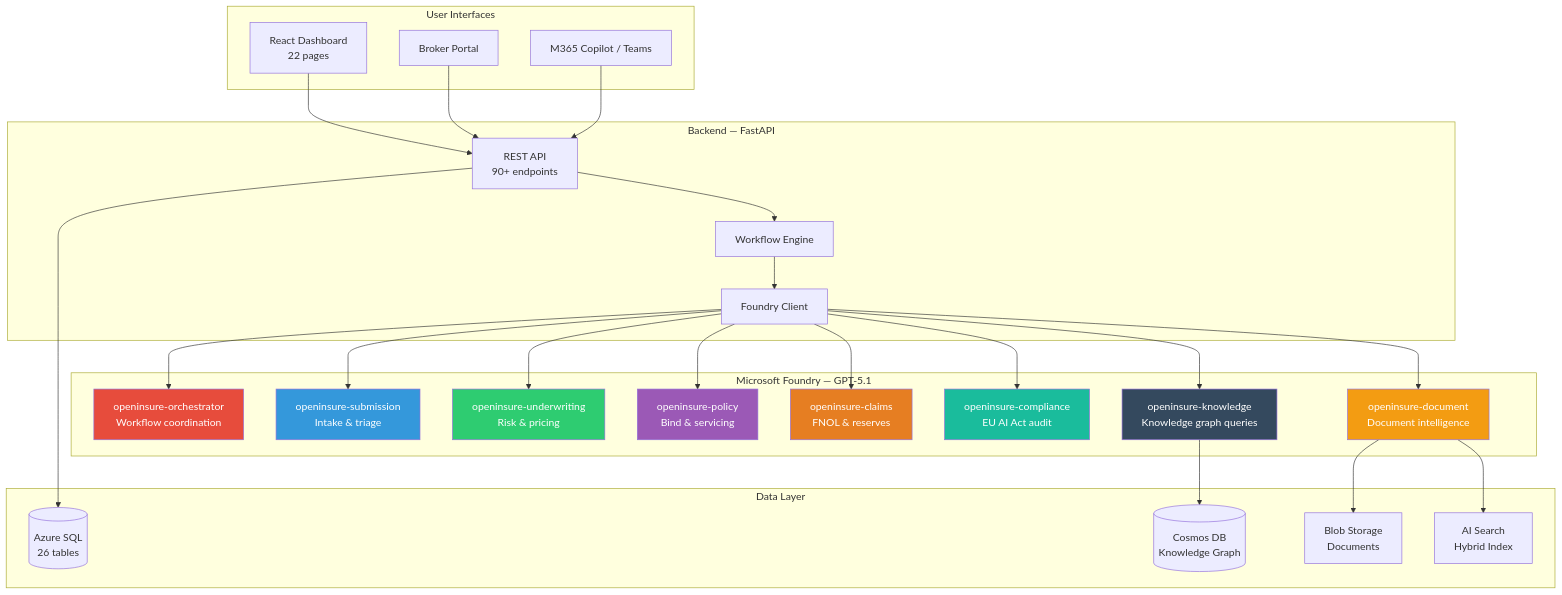
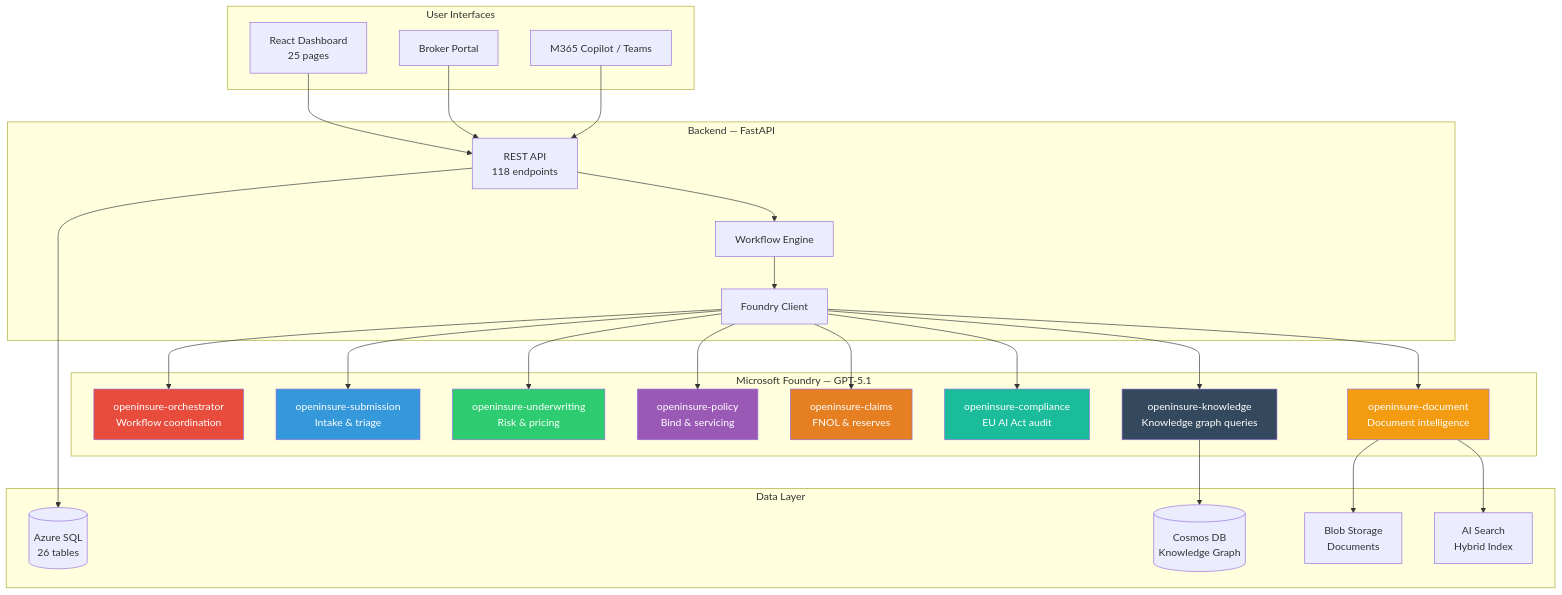
The first of 9 diagrams in docs/architecture/process-flows.md (urosstojkic/openinsure), drawn with Mermaid before and after one commit. The commit also changed other lines of this file and 5 other files, not shown here.

````diff
--- a/docs/architecture/process-flows.md
+++ b/docs/architecture/process-flows.md
@@ -31,50 +31,50 @@
 ```mermaid
 graph TB
     subgraph "User Interfaces"
-        D[React Dashboard<br/>22 pages]
+        D[React Dashboard<br/>25 pages]
         BP[Broker Portal]
         M365[M365 Copilot / Teams]
     end
 
     subgraph "Backend — FastAPI"
-        API[REST API<br/>90+ endpoints]
+        API[REST API<br/>118 endpoints]
         WE[Workflow Engine]
         FC[Foundry Client]
     end
 
     subgraph "Microsoft Foundry — GPT-5.1"
         O[openinsure-orchestrator<br/>Workflow coordination]
         S[openinsure-submission<br/>Intake & triage]
         U[openinsure-underwriting<br/>Risk & pricing]
         P[openinsure-policy<br/>Bind & servicing]
         C[openinsure-claims<br/>FNOL & reserves]
         CO[openinsure-compliance<br/>EU AI Act audit]
         DOC[openinsure-document<br/>Document intelligence]
         K[openinsure-knowledge<br/>Knowledge graph queries]
     end
 
     subgraph "Data Layer"
         SQL[(Azure SQL<br/>26 tables)]
         Cosmos[(Cosmos DB<br/>Knowledge Graph)]
         Blob[Blob Storage<br/>Documents]
         Search[AI Search<br/>Hybrid Index]
     end
 
     D & BP & M365 --> API
     API --> WE
     WE --> FC
     FC --> O & S & U & P & C & CO & DOC & K
     API --> SQL
     K --> Cosmos
     DOC --> Blob
     DOC --> Search
 
     style O fill:#e74c3c,color:#fff
     style S fill:#3498db,color:#fff
     style U fill:#2ecc71,color:#fff
     style P fill:#9b59b6,color:#fff
     style C fill:#e67e22,color:#fff
     style CO fill:#1abc9c,color:#fff
     style DOC fill:#f39c12,color:#fff
     style K fill:#34495e,color:#fff
 ```
````
